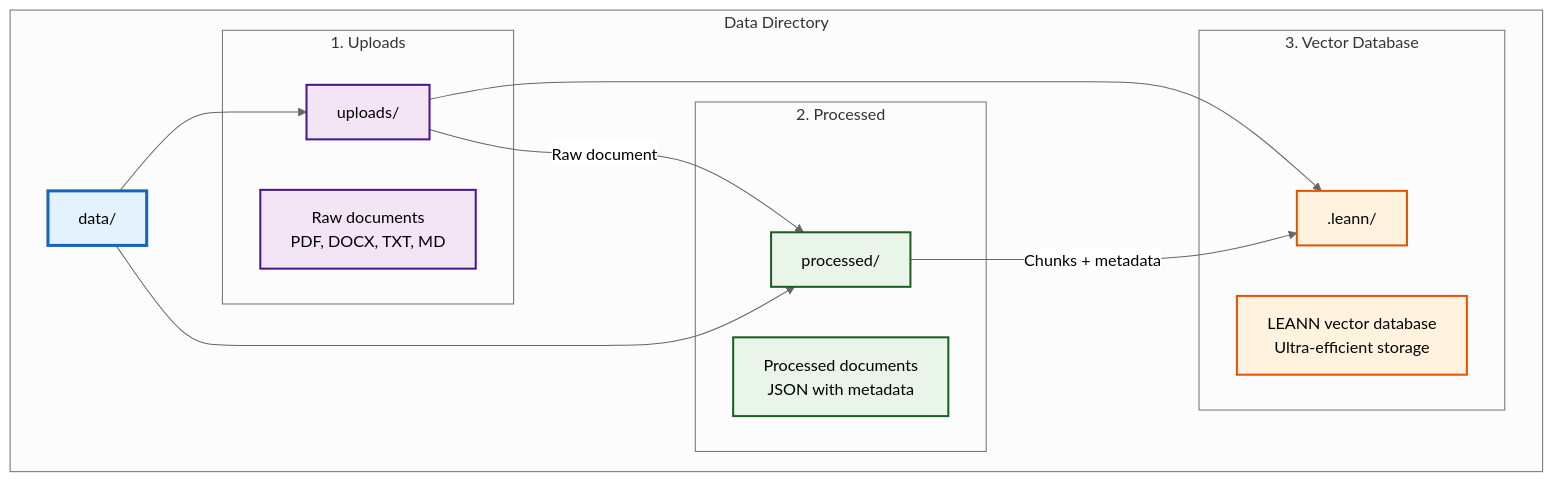
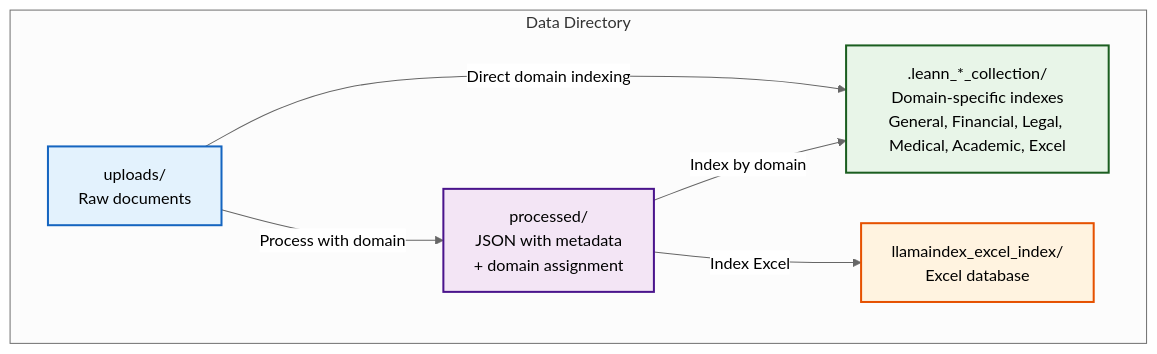
One commit to Mil100057/Myr-Ag-system changed the first of 4 diagrams in docs/data_structure_explanation.md. Above: the diagram before and after it, drawn with Mermaid (neutral theme). The commit also changed other lines of this file and 24 other files, not shown here.

````diff
--- a/docs/data_structure_explanation.md
+++ b/docs/data_structure_explanation.md
@@ -5,38 +5,24 @@
 ```mermaid
 graph TB
-    subgraph DataDirectory["Data Directory"]
-        DATA["data/"]
-        
-        subgraph Uploads["1. Uploads"]
-            UPLOADS["uploads/"]
-            UPLOADS_DESC["Raw documents<br/>PDF, DOCX, TXT, MD"]
-        end
-        
-        subgraph Processed["2. Processed"]
-            PROCESSED["processed/"]
-            PROCESSED_DESC["Processed documents<br/>JSON with metadata"]
-        end
-        
-        subgraph VectorDB["3. Vector Database"]
-            VECTOR_DB[".leann/"]
-            VECTOR_DB_DESC["LEANN vector database<br/>Ultra-efficient storage"]
-        end
+    subgraph DataDir["Data Directory"]
+        UPLOADS["uploads/<br/>Raw documents"]
+        PROCESSED["processed/<br/>JSON with metadata<br/>+ domain assignment"]
+        LEANN_INDEXES[".leann_*_collection/<br/>Domain-specific indexes<br/>General, Financial, Legal, Medical, Academic, Excel"]
+        EXCEL_INDEX["llamaindex_excel_index/<br/>Excel database"]
     end
-    
-    DATA --> UPLOADS
-    DATA --> PROCESSED
-    UPLOADS --> VECTOR_DB
-    
-    UPLOADS -->|"Raw document"| PROCESSED
-    PROCESSED -->|"Chunks + metadata"| VECTOR_DB
-    
-    classDef mainDir fill:#e3f2fd,stroke:#1565c0,stroke-width:3px
-    classDef uploadDir fill:#f3e5f5,stroke:#4a148c,stroke-width:2px
-    classDef processedDir fill:#e8f5e8,stroke:#1b5e20,stroke-width:2px
-    classDef vectorDir fill:#fff3e0,stroke:#e65100,stroke-width:2px
-    
-    class DATA mainDir
-    class UPLOADS,UPLOADS_DESC uploadDir
-    class PROCESSED,PROCESSED_DESC processedDir
-    class VECTOR_DB,VECTOR_DB_DESC vectorDir
+  
+    UPLOADS -->|"Process with domain"| PROCESSED
+    PROCESSED -->|"Index by domain"| LEANN_INDEXES
+    PROCESSED -->|"Index Excel"| EXCEL_INDEX
+    UPLOADS -->|"Direct domain indexing"| LEANN_INDEXES
+  
+    classDef uploads fill:#e3f2fd,stroke:#1565c0,stroke-width:2px
+    classDef processed fill:#f3e5f5,stroke:#4a148c,stroke-width:2px
+    classDef leann fill:#e8f5e8,stroke:#1b5e20,stroke-width:2px
+    classDef excel fill:#fff3e0,stroke:#e65100,stroke-width:2px
+  
+    class UPLOADS uploads
+    class PROCESSED processed
+    class LEANN_INDEXES leann
+    class EXCEL_INDEX excel
 ```
````
